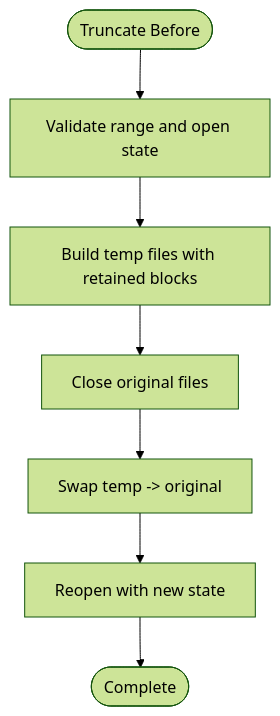
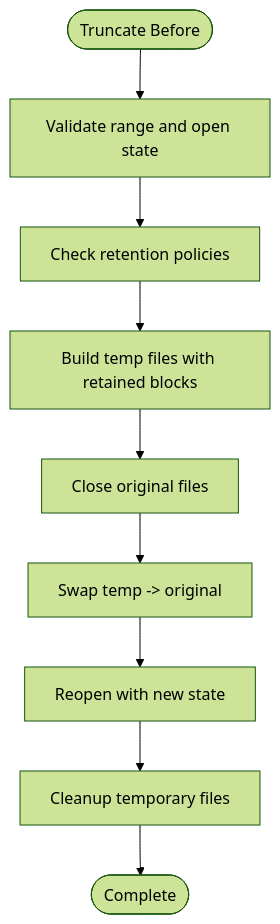
The sixth of 8 diagrams in .qoder/repowiki/en/content/Architecture Overview/Core Libraries/Chain Library/Database Management/DLT Rolling Block Log.md (VIZ-Blockchain/viz-cpp-node), drawn with Mermaid (forest theme) before and after one commit. The commit also changed other lines of this file and 4 other files, not shown here.

````diff
--- a/.qoder/repowiki/en/content/Architecture Overview/Core Libraries/Chain Library/Database Management/DLT Rolling Block Log.md
+++ b/.qoder/repowiki/en/content/Architecture Overview/Core Libraries/Chain Library/Database Management/DLT Rolling Block Log.md
@@ -210,9 +228,11 @@
 ```mermaid
 flowchart TD
 TStart([Truncate Before]) --> Validate["Validate range and open state"]
-Validate --> BuildTemp["Build temp files with retained blocks"]
+Validate --> CheckRetention["Check retention policies"]
+CheckRetention --> BuildTemp["Build temp files with retained blocks"]
 BuildTemp --> CloseOrig["Close original files"]
 CloseOrig --> Swap["Swap temp -> original"]
 Swap --> Reopen["Reopen with new state"]
-Reopen --> TEnd([Complete])
+Reopen --> Cleanup["Cleanup temporary files"]
+Cleanup --> TEnd([Complete])
 ```
````
